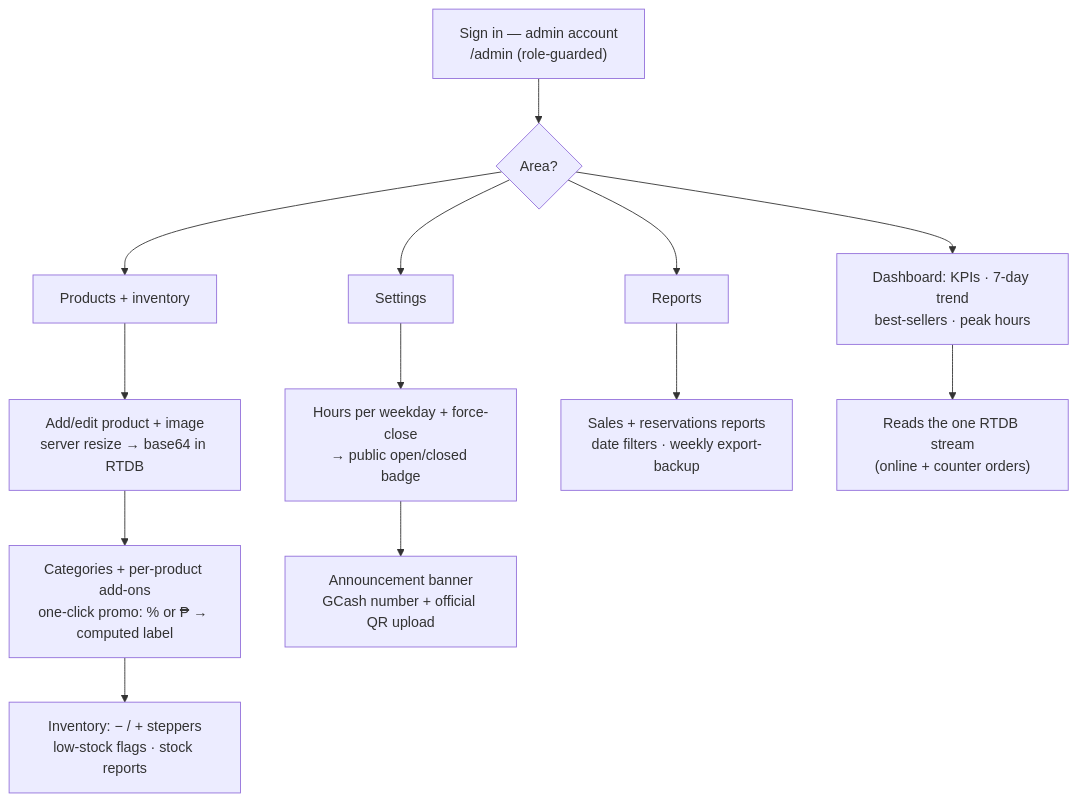
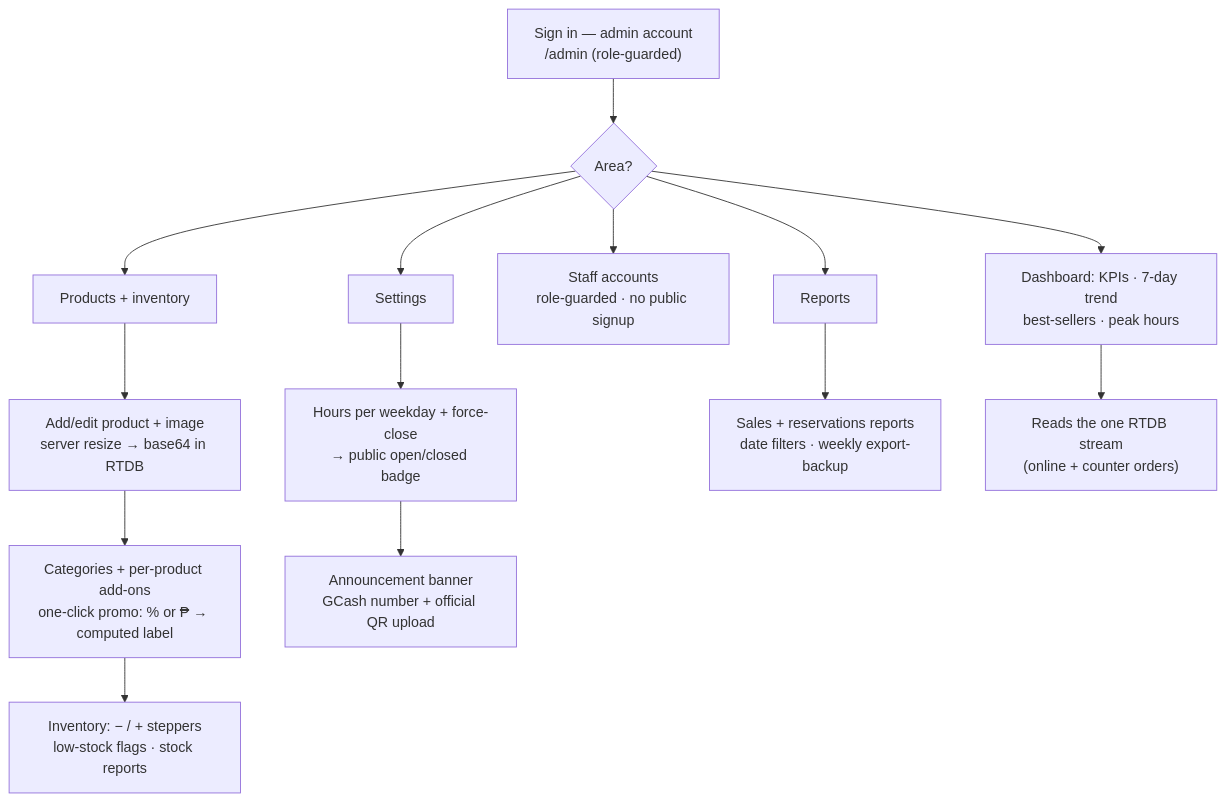
Before and after one commit to S1NXIAN/CRNP: the diagram in docs/flow-charts/admin.md, drawn with Mermaid. The commit also changed 3 other files, not shown here.

First line of the commit message:
docs: sync flowcharts with spec, add chart-update rule

````diff
--- a/docs/flow-charts/admin.md
+++ b/docs/flow-charts/admin.md
@@ -3,15 +3,16 @@
 ```mermaid
 flowchart TD
     A["Sign in — admin account<br/>/admin (role-guarded)"] --> B{"Area?"}
     B --> C["Dashboard: KPIs · 7-day trend<br/>best-sellers · peak hours"]
     B --> D["Products + inventory"]
+    B --> SA["Staff accounts<br/>role-guarded · no public signup"]
     B --> E["Settings"]
     B --> F["Reports"]
     D --> D1["Add/edit product + image<br/>server resize → base64 in RTDB"]
     D1 --> D2["Categories + per-product add-ons<br/>one-click promo: % or ₱ → computed label"]
     D2 --> D3["Inventory: − / + steppers<br/>low-stock flags · stock reports"]
     E --> E1["Hours per weekday + force-close<br/>→ public open/closed badge"]
     E1 --> E2["Announcement banner<br/>GCash number + official QR upload"]
     F --> F1["Sales + reservations reports<br/>date filters · weekly export-backup"]
     C --> G["Reads the one RTDB stream<br/>(online + counter orders)"]
 ```
````
